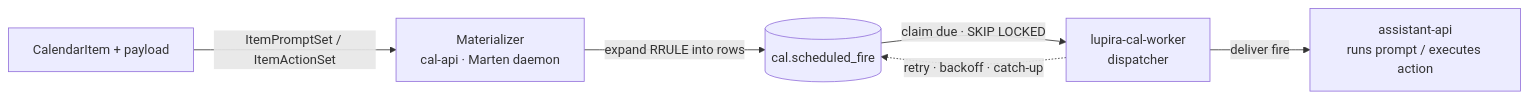
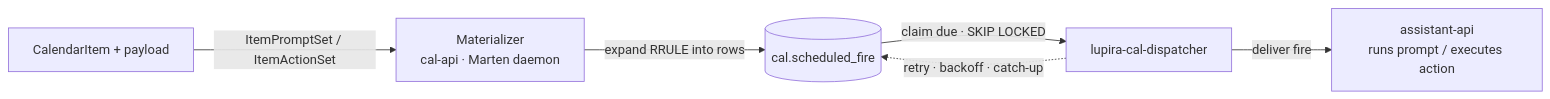
Before and after one commit to danbro96/LupiraCalApi: the second of 2 diagrams in docs/temporal-backbone.md, drawn with Mermaid. The commit also changed other lines of this file and 26 other files, not shown here.

````diff
--- a/docs/temporal-backbone.md
+++ b/docs/temporal-backbone.md
@@ -189,8 +189,8 @@
 ```mermaid
 flowchart LR
   ITEM["CalendarItem + payload"] -->|"ItemPromptSet / ItemActionSet"| MAT["Materializer<br/>cal-api · Marten daemon"]
   MAT -->|"expand RRULE into rows"| Q[("cal.scheduled_fire")]
-  Q -->|"claim due · SKIP LOCKED"| W["lupira-cal-worker<br/>dispatcher"]
+  Q -->|"claim due · SKIP LOCKED"| W["lupira-cal-dispatcher"]
   W -->|"deliver fire"| AA["assistant-api<br/>runs prompt / executes action"]
   W -. "retry · backoff · catch-up" .-> Q
 ```
````
